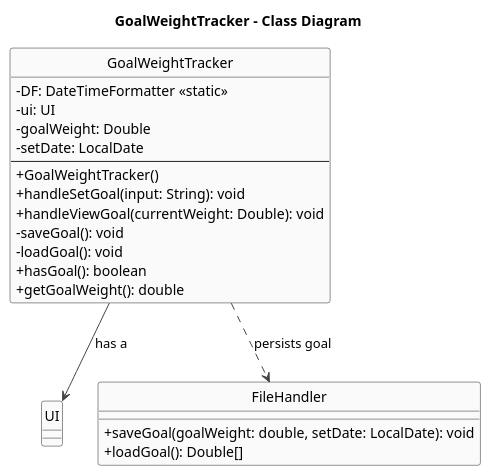
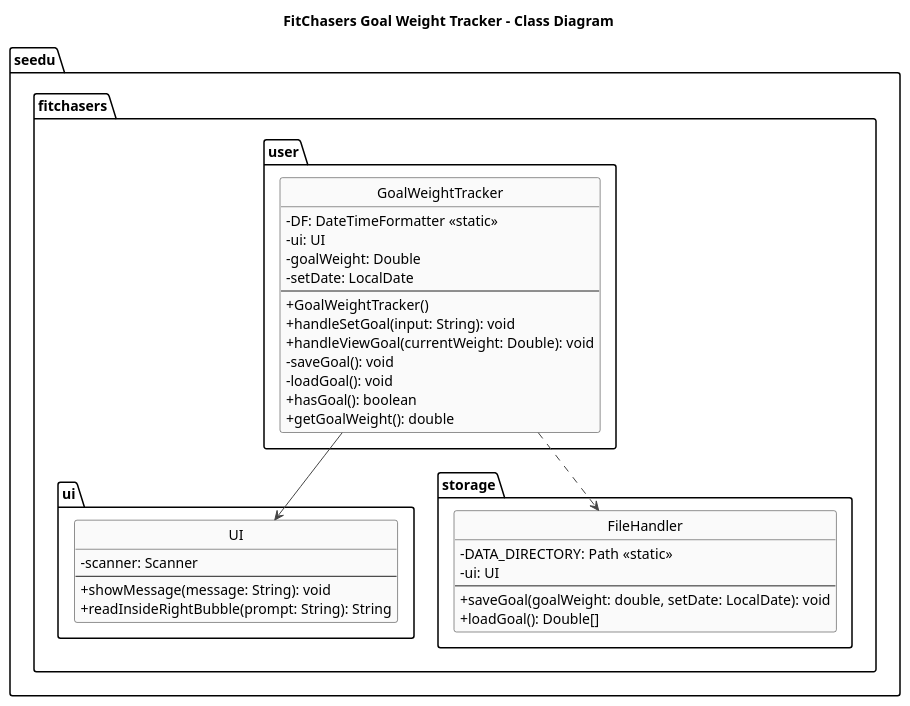
One commit to Exceptional-Khoi/tp changed the diagram in docs/diagrams/GoalWeightTracker_Class_Diagram.puml. Above: the diagram before and after it, drawn with PlantUML. The commit also changed 13 other files, not shown here.

Commit message:
Edit DG class diagrams

```diff
--- a/docs/diagrams/GoalWeightTracker_Class_Diagram.puml
+++ b/docs/diagrams/GoalWeightTracker_Class_Diagram.puml
@@ -1,38 +1,53 @@
 @startuml
-title GoalWeightTracker – Class Diagram
+title FitChasers Goal Weight Tracker - Class Diagram
 
 skinparam shadowing false
 skinparam classAttributeIconSize 0
 skinparam ArrowColor #444
 skinparam ClassBorderColor #222
 skinparam ClassBackgroundColor #FAFAFA
 
 hide circle
 hide stereotype
 
-class GoalWeightTracker {
-  -DF: DateTimeFormatter <<static>>
-  -ui: UI
-  -goalWeight: Double
-  -setDate: LocalDate
-  --
-  +GoalWeightTracker()
-  +handleSetGoal(input: String): void
-  +handleViewGoal(currentWeight: Double): void
-  -saveGoal(): void
-  -loadGoal(): void
-  +hasGoal(): boolean
-  +getGoalWeight(): double
+package "seedu.fitchasers.user" {
+  class GoalWeightTracker {
+    -DF: DateTimeFormatter <<static>>
+    -ui: UI
+    -goalWeight: Double
+    -setDate: LocalDate
+    --
+    +GoalWeightTracker()
+    +handleSetGoal(input: String): void
+    +handleViewGoal(currentWeight: Double): void
+    -saveGoal(): void
+    -loadGoal(): void
+    +hasGoal(): boolean
+    +getGoalWeight(): double
+  }
 }
 
-class UI
-
-class FileHandler {
-  +saveGoal(goalWeight: double, setDate: LocalDate): void
-  +loadGoal(): Double[]
+package "seedu.fitchasers.ui" {
+  class UI {
+    -scanner: Scanner
+    --
+    +showMessage(message: String): void
+    +readInsideRightBubble(prompt: String): String
+  }
 }
 
-GoalWeightTracker --> UI : has a
-GoalWeightTracker ..> FileHandler : persists goal
+package "seedu.fitchasers.storage" {
+  class FileHandler {
+    -DATA_DIRECTORY: Path <<static>>
+    -ui: UI
+    --
+    +saveGoal(goalWeight: double, setDate: LocalDate): void
+    +loadGoal(): Double[]
+  }
+}
+
+' === Relationships ===
+GoalWeightTracker --> UI
+GoalWeightTracker ..> FileHandler
 
 @enduml
```
